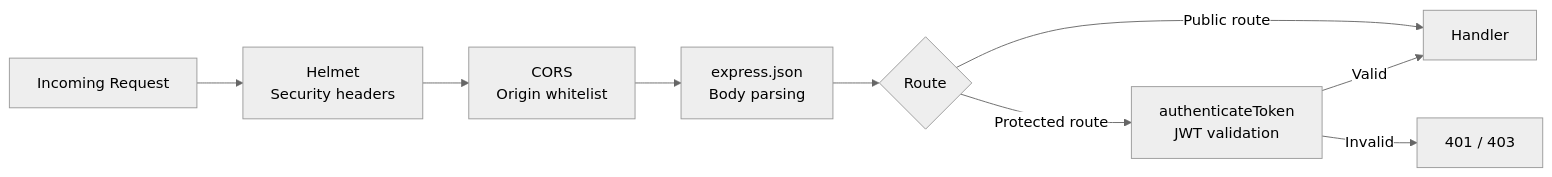
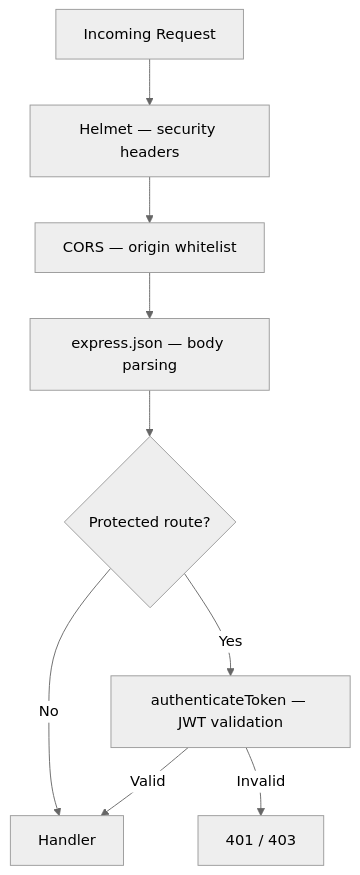
The second of 2 diagrams in Documentation/Backend/index.md (neofuture/chatr), drawn with Mermaid (neutral theme) before and after one commit. The commit also changed other lines of this file and 26 other files, not shown here.

````diff
--- a/Documentation/Backend/index.md
+++ b/Documentation/Backend/index.md
@@ -44,11 +54,11 @@
 ```mermaid
-flowchart LR
-    A[Incoming Request] --> B[Helmet<br/>Security headers]
-    B --> C[CORS<br/>Origin whitelist]
-    C --> D[express.json<br/>Body parsing]
-    D --> E{Route}
-    E -->|Public route| F[Handler]
-    E -->|Protected route| G[authenticateToken<br/>JWT validation]
-    G -->|Valid| F
-    G -->|Invalid| H[401 / 403]
+flowchart TD
+    A[Incoming Request] --> B[Helmet — security headers]
+    B --> C[CORS — origin whitelist]
+    C --> D[express.json — body parsing]
+    D --> E{Protected route?}
+    E -- No --> F[Handler]
+    E -- Yes --> G[authenticateToken — JWT validation]
+    G -- Valid --> F
+    G -- Invalid --> H[401 / 403]
 ```
````
